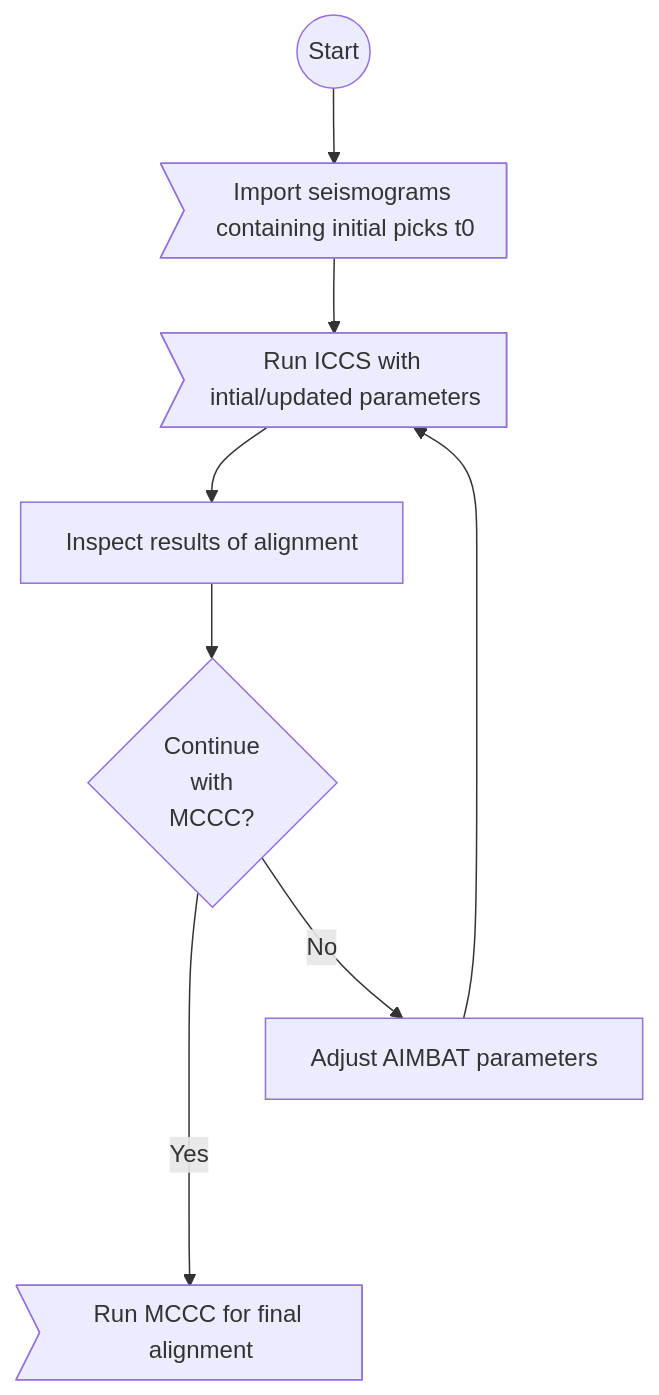
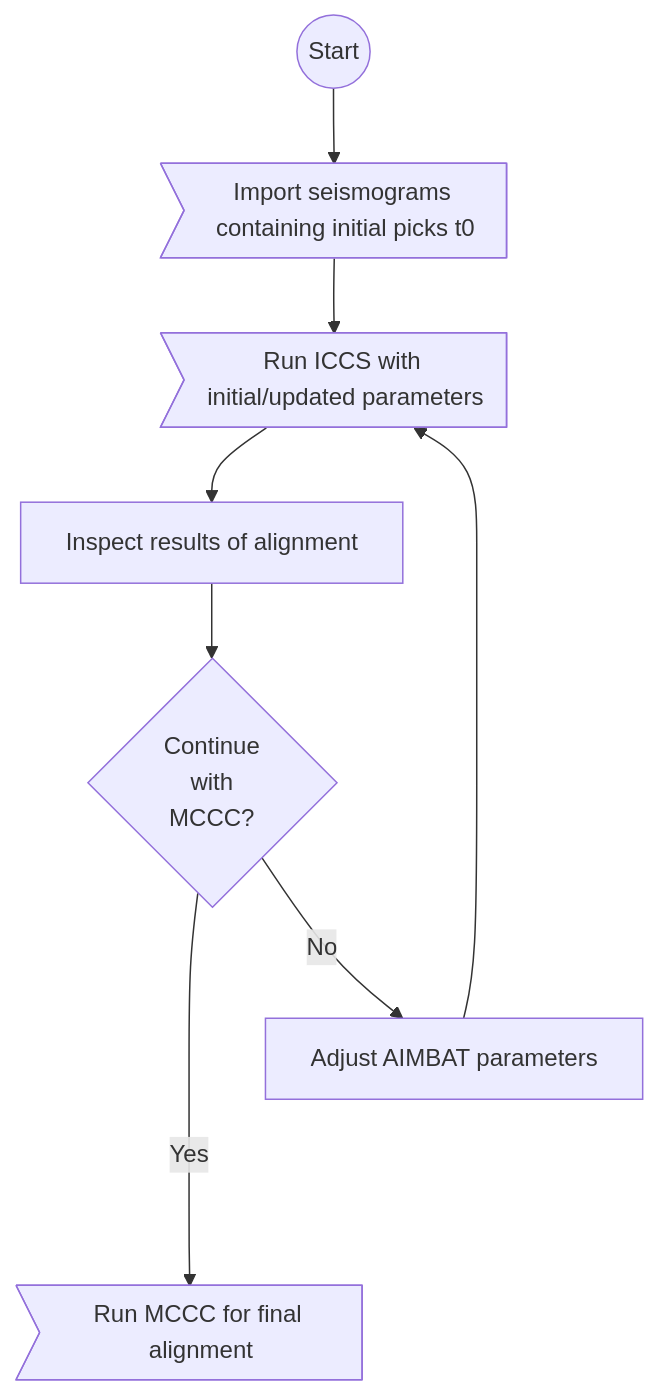
One commit to pysmo/aimbat changed the second of 2 diagrams in docs/first-steps/workflow.md. Above: the diagram before and after it, drawn with Mermaid. The commit also changed other lines of this file and 47 other files, not shown here.

````diff
--- a/docs/first-steps/workflow.md
+++ b/docs/first-steps/workflow.md
@@ -29,14 +48,14 @@
 ``` mermaid
 flowchart TD
   A@{ shape: circle, label: "Start"}
   A --> B>Import seismograms containing initial picks t0];
   B --> F
   E[Adjust AIMBAT parameters];
-  E --> F>Run ICCS with intial/updated parameters]
+  E --> F>Run ICCS with initial/updated parameters]
   F --> G[Inspect results of alignment];
   G --> H{"Continue
           with
           MCCC?"}
   H ---->|Yes| M>"Run MCCC for final alignment"];
   H -->|No| E;
 ```
````
